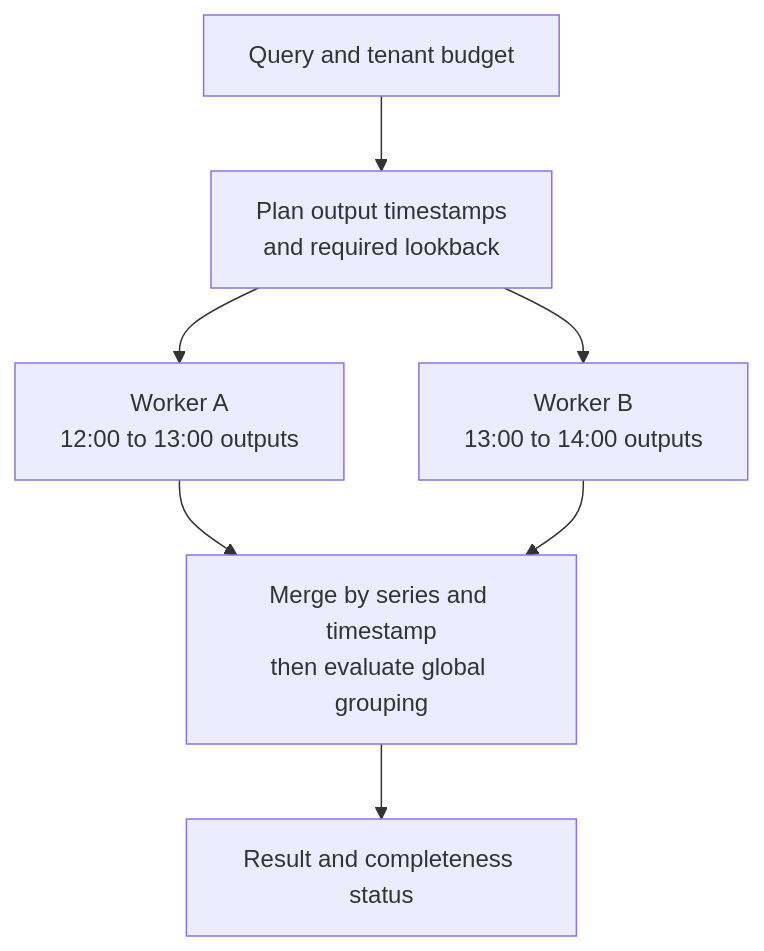
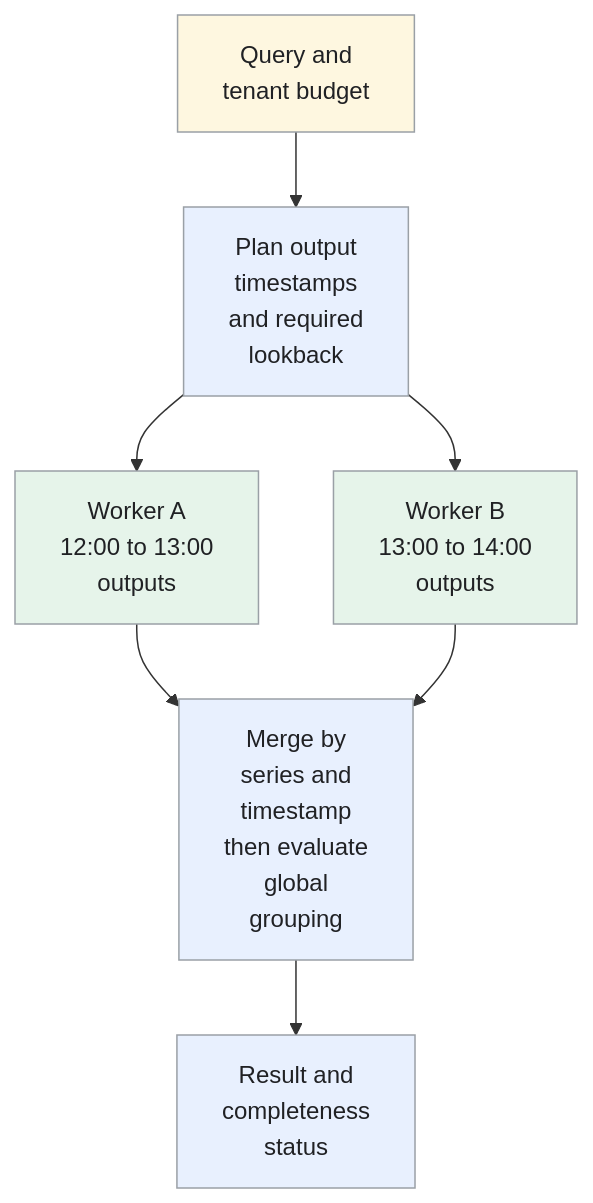
Before and after one commit to iliazlobin/iliazlobin.github.io: the sixth of 6 diagrams in _designs/system-design-metrics-monitoring.md, drawn with Mermaid. The commit also changed other lines of this file and 131 other files, not shown here.

````diff
--- a/_designs/system-design-metrics-monitoring.md
+++ b/_designs/system-design-metrics-monitoring.md
@@ -276,9 +375,15 @@
 ```mermaid
 flowchart TB
-    Q["Query and tenant budget"] --> P["Plan output timestamps<br>and required lookback"]
-    P --> A["Worker A<br>12:00 to 13:00 outputs"]
-    P --> B["Worker B<br>13:00 to 14:00 outputs"]
-    A --> M["Merge by series and timestamp<br>then evaluate global grouping"]
+    Q["Query and<br>tenant budget"] --> P["Plan output<br>timestamps<br>and required<br>lookback"]
+    P --> A["Worker A<br>12:00 to 13:00<br>outputs"]
+    P --> B["Worker B<br>13:00 to 14:00<br>outputs"]
+    A --> M["Merge by<br>series and<br>timestamp<br>then evaluate<br>global<br>grouping"]
     B --> M
-    M --> R["Result and completeness status"]
+    M --> R["Result and<br>completeness<br>status"]
+  classDef request fill:#e8f0fe,stroke:#9aa0a6,color:#202124,stroke-width:1px
+  classDef background fill:#e6f4ea,stroke:#9aa0a6,color:#202124,stroke-width:1px
+  classDef control fill:#fef7e0,stroke:#9aa0a6,color:#202124,stroke-width:1px
+  class P,M,R request
+  class A,B background
+  class Q control
 ```
````
